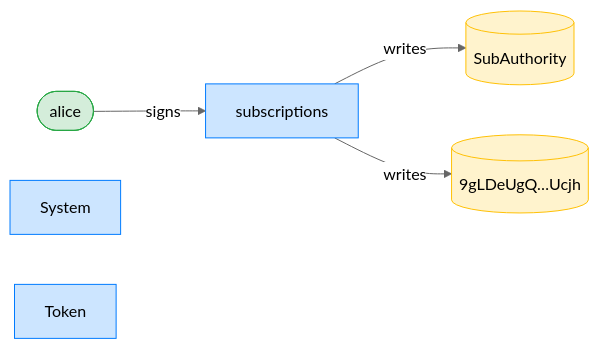
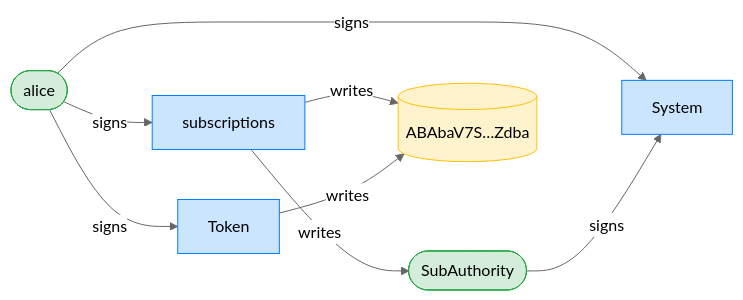
The third of 12 diagrams in dsl_tests/revoke-a-recurring-delegation-across-versions.md (cds-rs/subscriptions), drawn with Mermaid (neutral theme) before and after one commit. The commit also changed other lines of this file and 224 other files, not shown here.

````diff
--- a/dsl_tests/revoke-a-recurring-delegation-across-versions.md
+++ b/dsl_tests/revoke-a-recurring-delegation-across-versions.md
@@ -53,15 +54,19 @@
 ```mermaid
 flowchart LR
     classDef signer fill:#d4edda,stroke:#28a745;
     classDef program fill:#cce5ff,stroke:#007bff;
     classDef writable fill:#fff3cd,stroke:#ffc107;
     subscriptions[subscriptions]:::program
     alice([alice]):::signer
-    SubAuthority[(SubAuthority)]:::writable
-    9gLDeUgQ_Ucjh[("9gLDeUgQ…Ucjh")]:::writable
+    SubAuthority([SubAuthority]):::signer
+    ABAbaV7S_Zdba[("ABAbaV7S…Zdba")]:::writable
     System[System]:::program
     Token[Token]:::program
     alice -->|signs| subscriptions
+    alice -->|signs| System
+    SubAuthority -->|signs| System
+    alice -->|signs| Token
     subscriptions -->|writes| SubAuthority
-    subscriptions -->|writes| 9gLDeUgQ_Ucjh
+    subscriptions -->|writes| ABAbaV7S_Zdba
+    Token -->|writes| ABAbaV7S_Zdba
 ```
````
